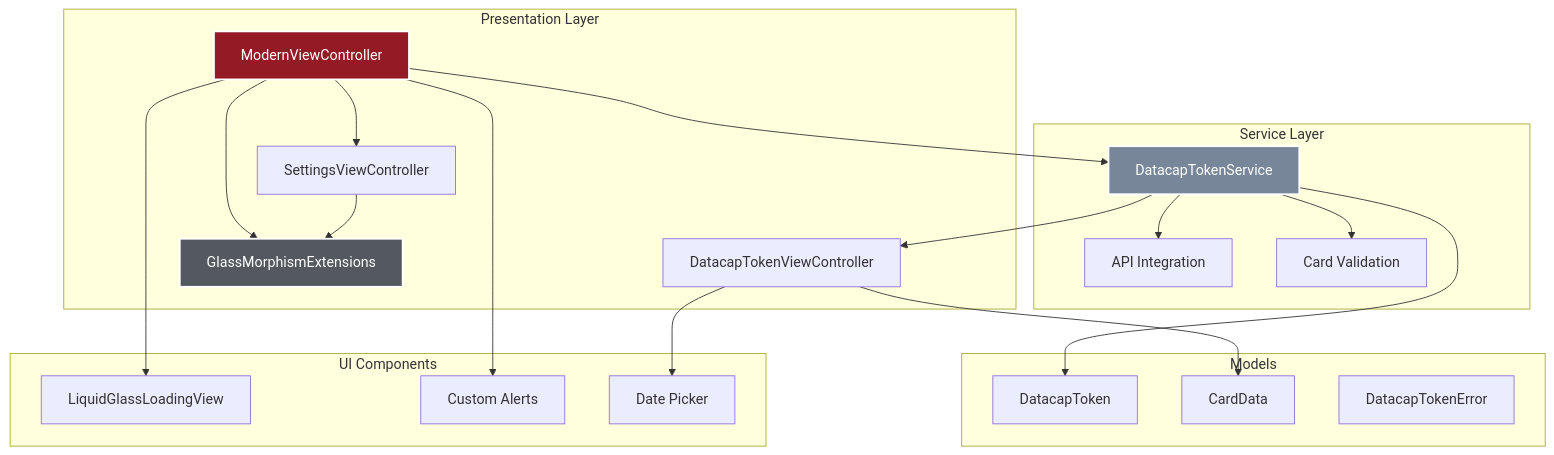
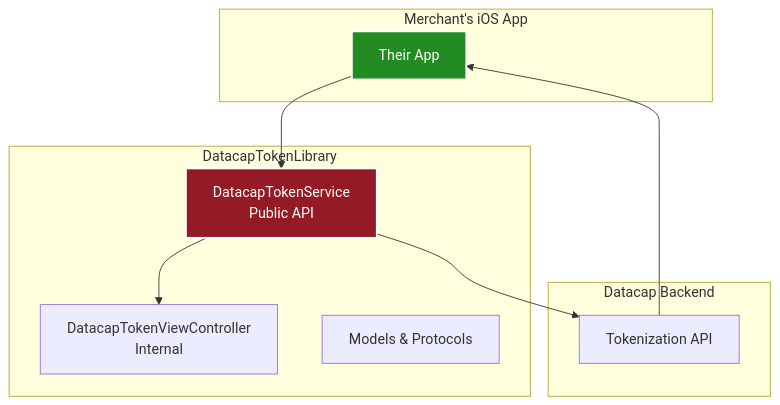
The first of 2 diagrams in CLAUDE.md (datacapsystems/Datacap-MobileToken-iOS-2025), drawn with Mermaid before and after one commit. The commit also changed other lines of this file and 15 other files, not shown here.

First line of the commit message:
refactor: Extract tokenization library for distribution

````diff
--- a/CLAUDE.md
+++ b/CLAUDE.md
@@ -47,44 +65,24 @@
 ```mermaid
 graph TB
-    subgraph "Presentation Layer"
-        MVC[ModernViewController]
-        SVC[SettingsViewController]
-        DTVC[DatacapTokenViewController]
-        GME[GlassMorphismExtensions]
+    subgraph "Merchant's iOS App"
+        APP[Their App]
     end
     
-    subgraph "Service Layer"
-        DTS[DatacapTokenService]
-        API[API Integration]
-        VAL[Card Validation]
+    subgraph "DatacapTokenLibrary"
+        DTS[DatacapTokenService<br/>Public API]
+        DTVC[DatacapTokenViewController<br/>Internal]
+        MOD[Models & Protocols]
     end
     
-    subgraph "Models"
-        DT[DatacapToken]
-        CD[CardData]
-        DTE[DatacapTokenError]
+    subgraph "Datacap Backend"
+        API[Tokenization API]
     end
     
-    subgraph "UI Components"
-        LGL[LiquidGlassLoadingView]
-        ALERTS[Custom Alerts]
-        PICKER[Date Picker]
-    end
-    
-    MVC --> DTS
-    MVC --> SVC
-    MVC --> GME
-    SVC --> GME
+    APP --> DTS
     DTS --> DTVC
     DTS --> API
-    DTS --> VAL
-    DTVC --> CD
-    DTVC --> PICKER
-    DTS --> DT
-    MVC --> LGL
-    MVC --> ALERTS
+    API --> APP
     
-    style MVC fill:#941a25,stroke:#fff,stroke-width:2px,color:#fff
-    style DTS fill:#778799,stroke:#fff,stroke-width:2px,color:#fff
-    style GME fill:#54595f,stroke:#fff,stroke-width:2px,color:#fff
+    style DTS fill:#941a25,stroke:#fff,stroke-width:2px,color:#fff
+    style APP fill:#228b22,stroke:#fff,stroke-width:2px,color:#fff
 ```
````
